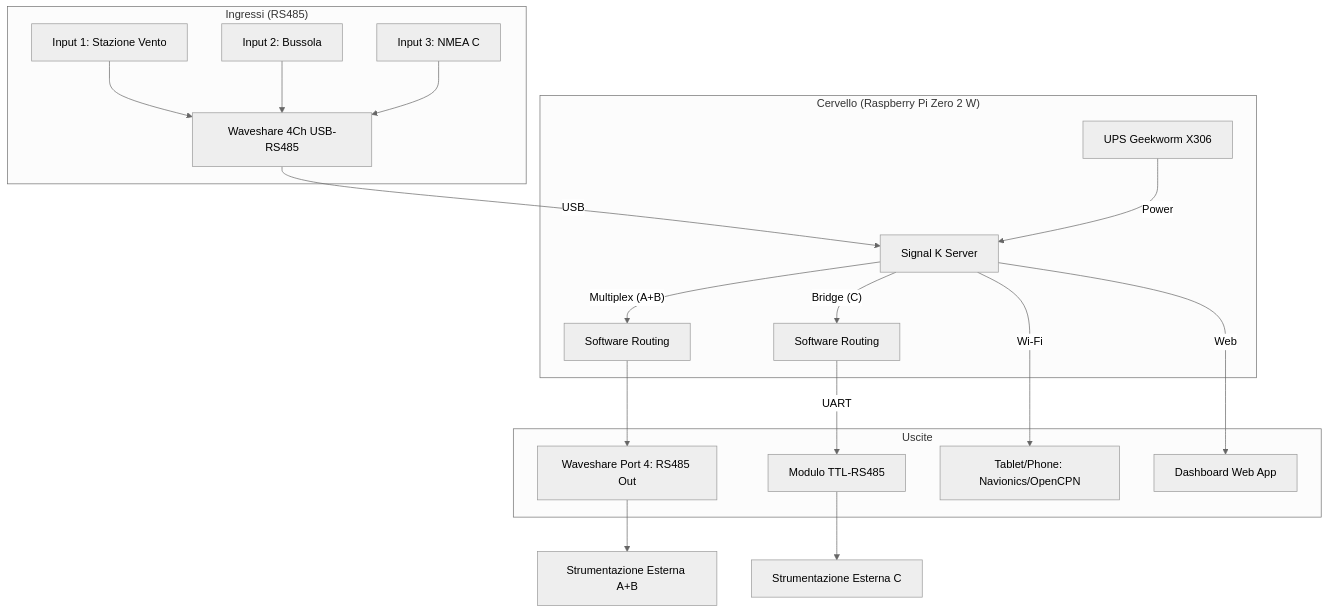
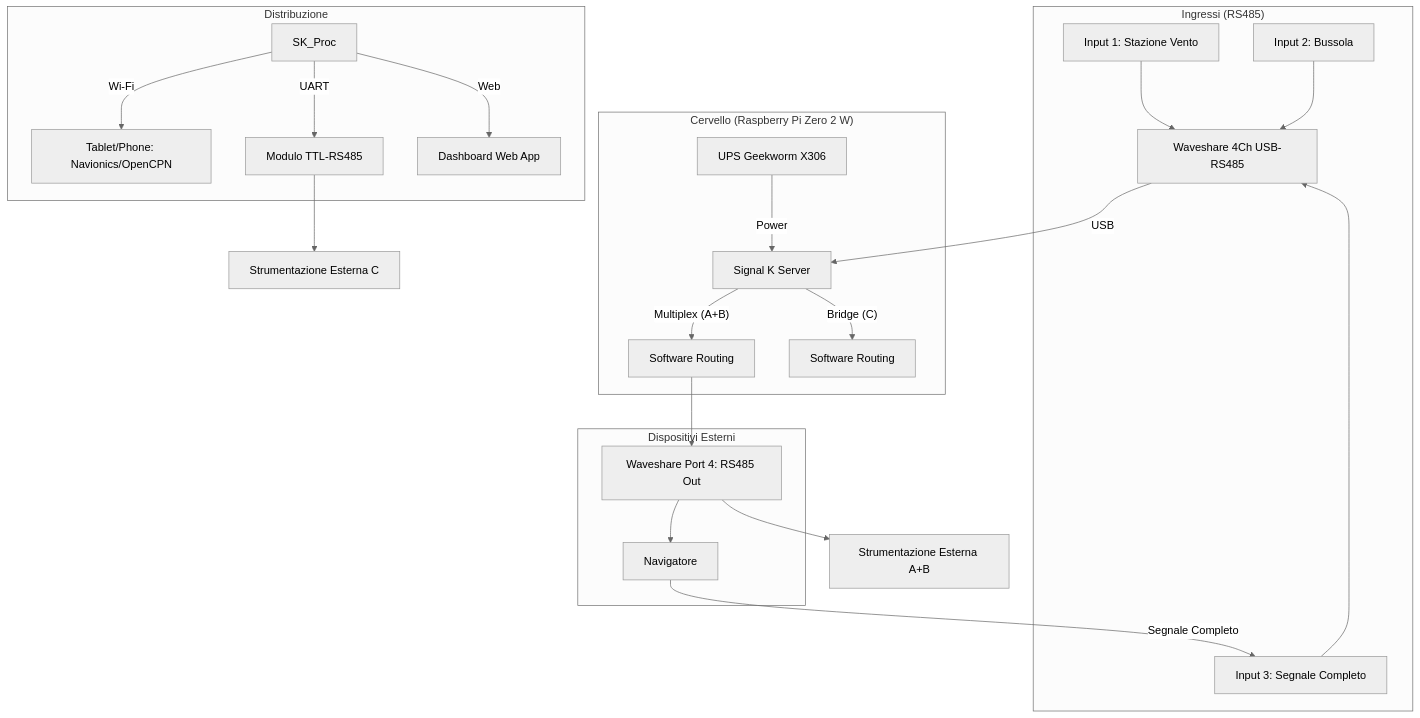
Before and after one commit to PZero/MamaoHub: the diagram in README.md, drawn with Mermaid (neutral theme). The commit also changed other lines of this file, not shown here.

Commit message:
Update: Re-integrated Navigatore loop-back with specific input names

````diff
--- a/README.md
+++ b/README.md
@@ -11,25 +11,30 @@
 ```mermaid
 graph TD
     subgraph "Ingressi (RS485)"
         In1[Input 1: Stazione Vento] --> WS[Waveshare 4Ch USB-RS485]
         In2[Input 2: Bussola] --> WS
-        In3[Input 3: NMEA C] --> WS
+        In3[Input 3: Segnale Completo] --> WS
     end
 
     subgraph "Cervello (Raspberry Pi Zero 2 W)"
         WS -- USB --> SK[Signal K Server]
         UPS[UPS Geekworm X306] -- Power --> SK
         SK -- "Multiplex (A+B)" --> SK_Out1[Software Routing]
         SK -- "Bridge (C)" --> SK_Out2[Software Routing]
     end
 
-    subgraph "Uscite"
-        SK_Out1 --> WS_Out[Waveshare Port 4: RS485 Out]
-        SK_Out2 -- UART --> TTL[Modulo TTL-RS485]
-        SK -- Wi-Fi --> Tab[Tablet/Phone: Navionics/OpenCPN]
-        SK -- Web --> Dash[Dashboard Web App]
+    subgraph "Dispositivi Esterni"
+        WS_Out[Waveshare Port 4: RS485 Out] --> Nav[Navigatore]
+        Nav -- "Segnale Completo" --> In3
+    end
+
+    subgraph "Distribuzione"
+        SK_Out1 --> WS_Out
+        SK_Proc -- Wi-Fi --> Tab[Tablet/Phone: Navionics/OpenCPN]
+        SK_Proc -- UART --> TTL[Modulo TTL-RS485]
+        SK_Proc -- Web --> Dash[Dashboard Web App]
     end
 
     TTL --> Ext1[Strumentazione Esterna C]
     WS_Out --> Ext2[Strumentazione Esterna A+B]
 ```
````
